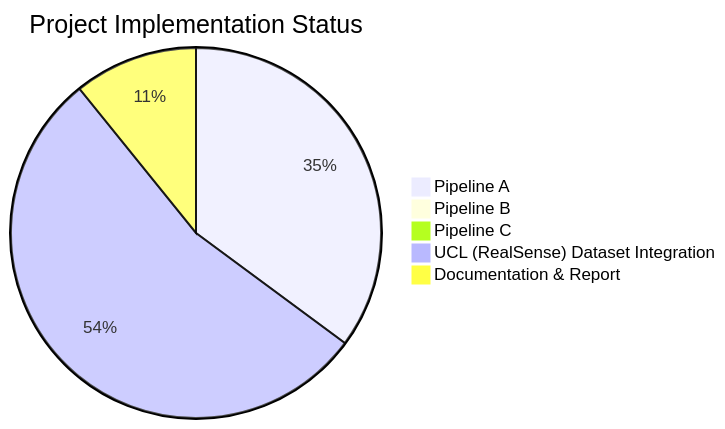
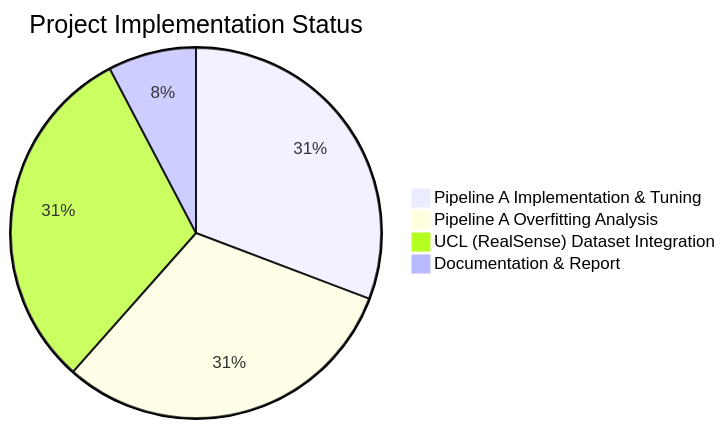
One commit to KaleLjl/Coursework-2-COMP0248 changed the diagram in memory-bank/progress.md. Above: the diagram before and after it, drawn with Mermaid. The commit also changed other lines of this file and 8 other files, not shown here.

````diff
--- a/memory-bank/progress.md
+++ b/memory-bank/progress.md
@@ -5,8 +7,7 @@
 ```mermaid
 pie title Project Implementation Status
-    "Pipeline A" : 65
-    "Pipeline B" : 0
-    "Pipeline C" : 0
+    "Pipeline A Implementation & Tuning" : 100
+    "Pipeline A Overfitting Analysis" : 100
     "UCL (RealSense) Dataset Integration" : 100
-    "Documentation & Report" : 20
+    "Documentation & Report" : 25
 ```
````
